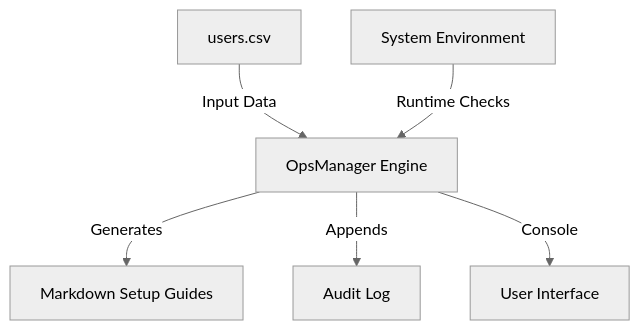
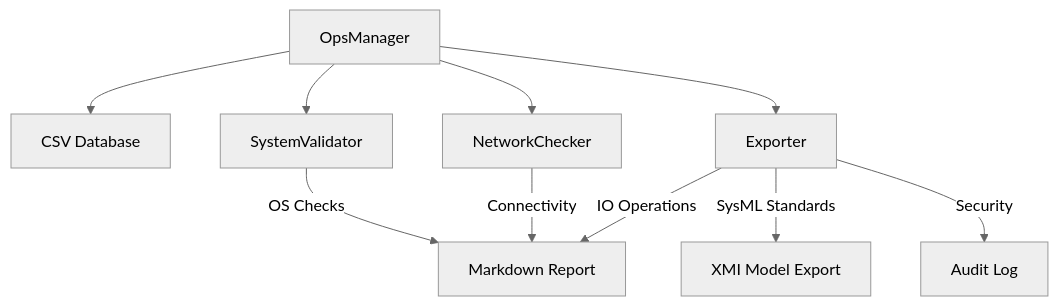
The first of 2 diagrams in README.md (Kefmat/OpsCompanion-Java), drawn with Mermaid (neutral theme) before and after one commit. The commit also changed other lines of this file, not shown here.

Commit message:
Dokumentasjon: Oppdatert README med modulær arkitektur, systemdiagrammer og MBSE-beskrivelse

````diff
--- a/README.md
+++ b/README.md
@@ -9,8 +9,13 @@
 ```mermaid
 graph TD
-    A[users.csv] -->|Input Data| B[OpsManager Engine]
-    C[System Environment] -->|Runtime Checks| B
-    B -->|Generates| D[Markdown Setup Guides]
-    B -->|Appends| E[Audit Log]
-    B -->|Console| F[User Interface]
+    Main[OpsManager] --> Auth[CSV Database]
+    Main --> Val[SystemValidator]
+    Main --> Net[NetworkChecker]
+    Main --> Exp[Exporter]
+    
+    Val -->|OS Checks| MD[Markdown Report]
+    Net -->|Connectivity| MD
+    Exp -->|IO Operations| MD
+    Exp -->|SysML Standards| XMI[XMI Model Export]
+    Exp -->|Security| Log[Audit Log]
 ```
````
